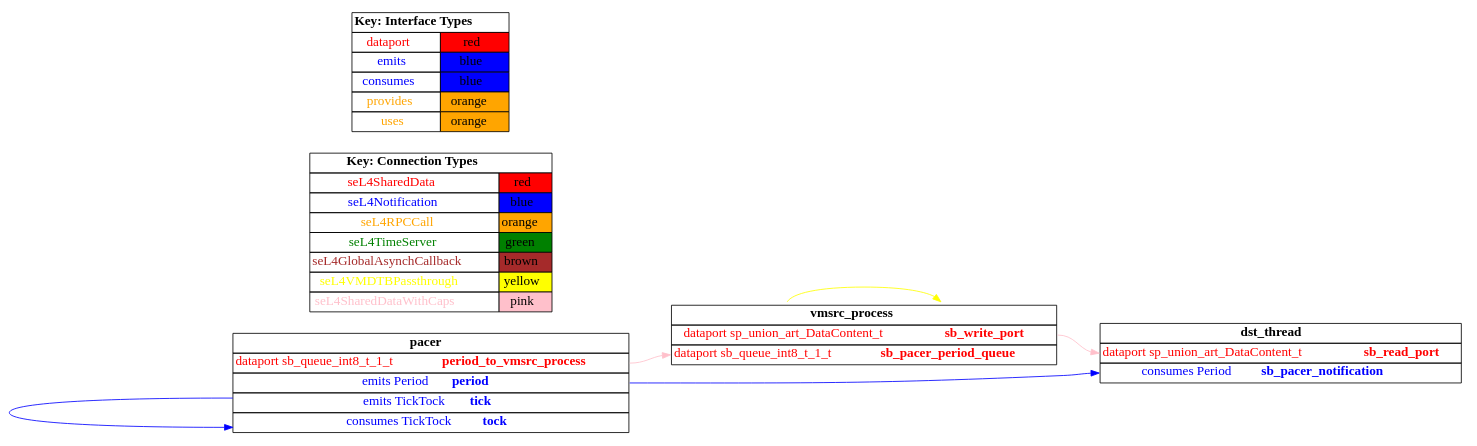
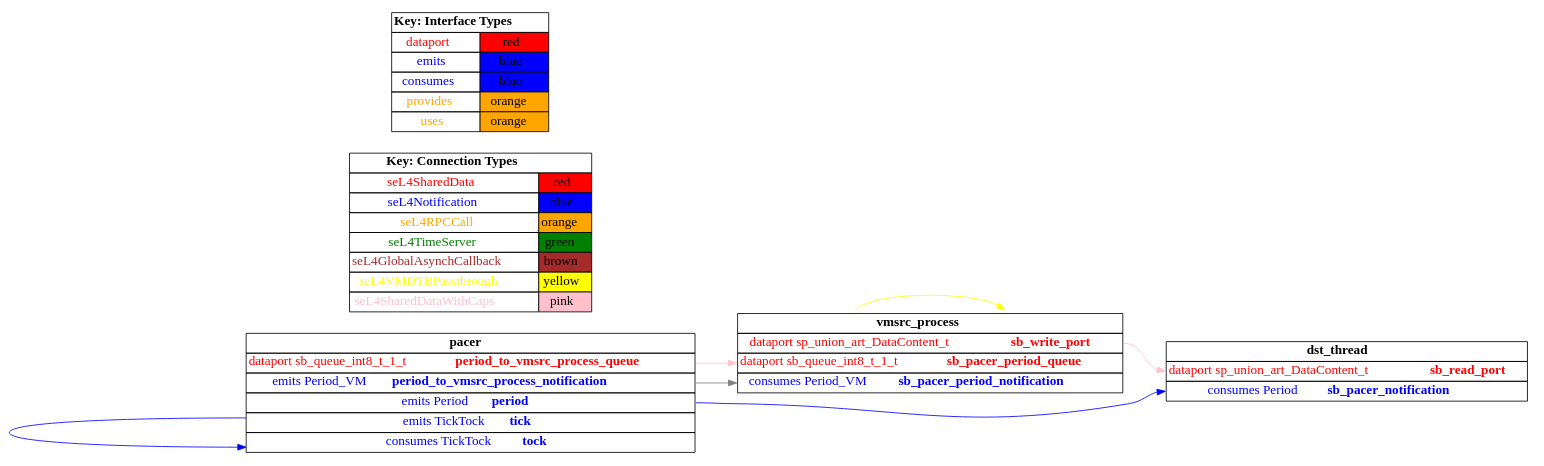
One commit to loonwerks/CASE changed the diagram in TA5/tool-evaluation-4/HAMR/examples/test_data_port_periodic_domains_VM/sender_vm/CAmkES_seL4/src/c/CAmkES_seL4/graph.dot. Above: the diagram before and after it, drawn with Graphviz. The commit also changed 84 other files, not shown here.

```diff
--- a/TA5/tool-evaluation-4/HAMR/examples/test_data_port_periodic_domains_VM/sender_vm/CAmkES_seL4/src/c/CAmkES_seL4/graph.dot
+++ b/TA5/tool-evaluation-4/HAMR/examples/test_data_port_periodic_domains_VM/sender_vm/CAmkES_seL4/src/c/CAmkES_seL4/graph.dot
@@ -1,108 +1,116 @@
 digraph g {
 graph [
   overlap = false,
   rankdir = "LR"
 ];
 node [
   fontsize = "16",
   shape = "ellipse"
 ];
 edge [
 ];
 
 vmsrc_process [
   label=<
     <TABLE BORDER="0" CELLBORDER="1" CELLSPACING="0">
       <TR><TD><B>vmsrc_process</B></TD></TR>
       <TR><TD PORT="sb_write_port"><FONT COLOR="red">dataport sp_union_art_DataContent_t <B>sb_write_port</B></FONT></TD></TR>
-      <TR><TD PORT="sb_pacer_period_queue"><FONT COLOR="red">dataport sb_queue_int8_t_1_t <B>sb_pacer_period_queue</B></FONT></TD></TR>"
+      <TR><TD PORT="sb_pacer_period_queue"><FONT COLOR="red">dataport sb_queue_int8_t_1_t <B>sb_pacer_period_queue</B></FONT></TD></TR>
+      <TR><TD PORT="sb_pacer_period_notification"><FONT COLOR="blue">consumes Period_VM <B>sb_pacer_period_notification</B></FONT></TD></TR>"
     </TABLE>
   >
   shape=plaintext
 ];
 
 dst_thread [
   label=<
     <TABLE BORDER="0" CELLBORDER="1" CELLSPACING="0">
       <TR><TD><B>dst_thread</B></TD></TR>
       <TR><TD PORT="sb_read_port"><FONT COLOR="red">dataport sp_union_art_DataContent_t <B>sb_read_port</B></FONT></TD></TR>
       <TR><TD PORT="sb_pacer_notification"><FONT COLOR="blue">consumes Period <B>sb_pacer_notification</B></FONT></TD></TR>"
     </TABLE>
   >
   shape=plaintext
 ];
 
 pacer [
   label=<
     <TABLE BORDER="0" CELLBORDER="1" CELLSPACING="0">
       <TR><TD><B>pacer</B></TD></TR>
-      <TR><TD PORT="period_to_vmsrc_process"><FONT COLOR="red">dataport sb_queue_int8_t_1_t <B>period_to_vmsrc_process</B></FONT></TD></TR>
+      <TR><TD PORT="period_to_vmsrc_process_queue"><FONT COLOR="red">dataport sb_queue_int8_t_1_t <B>period_to_vmsrc_process_queue</B></FONT></TD></TR>
+      <TR><TD PORT="period_to_vmsrc_process_notification"><FONT COLOR="blue">emits Period_VM <B>period_to_vmsrc_process_notification</B></FONT></TD></TR>
       <TR><TD PORT="period"><FONT COLOR="blue">emits Period <B>period</B></FONT></TD></TR>
       <TR><TD PORT="tick"><FONT COLOR="blue">emits TickTock <B>tick</B></FONT></TD></TR>
       <TR><TD PORT="tock"><FONT COLOR="blue">consumes TickTock <B>tock</B></FONT></TD></TR>"
     </TABLE>
   >
   shape=plaintext
 ];
 
 connectiontypekey [
   label=<
    <TABLE BORDER="0" CELLBORDER="1" CELLSPACING="0">
      <TR><TD COLSPAN="2"><B>Key: Connection Types</B></TD></TR>
      <TR><TD><FONT COLOR="red">seL4SharedData</FONT></TD><TD BGCOLOR="red">red</TD></TR>
      <TR><TD><FONT COLOR="blue">seL4Notification</FONT></TD><TD BGCOLOR="blue">blue</TD></TR>
      <TR><TD><FONT COLOR="orange">seL4RPCCall</FONT></TD><TD BGCOLOR="orange">orange</TD></TR>
      <TR><TD><FONT COLOR="green">seL4TimeServer</FONT></TD><TD BGCOLOR="green">green</TD></TR>
      <TR><TD><FONT COLOR="brown">seL4GlobalAsynchCallback</FONT></TD><TD BGCOLOR="brown">brown</TD></TR>
      <TR><TD><FONT COLOR="yellow">seL4VMDTBPassthrough</FONT></TD><TD BGCOLOR="yellow">yellow</TD></TR>
      <TR><TD><FONT COLOR="pink">seL4SharedDataWithCaps</FONT></TD><TD BGCOLOR="pink">pink</TD></TR>
    </TABLE>
   >
   shape=plaintext
 ];
 
 interfacetypekey [
   label=<
    <TABLE BORDER="0" CELLBORDER="1" CELLSPACING="0">
      <TR><TD COLSPAN="2"><B>Key: Interface Types</B></TD></TR>
      <TR><TD><FONT COLOR="red">dataport</FONT></TD><TD BGCOLOR="red">red</TD></TR>
      <TR><TD><FONT COLOR="blue">emits</FONT></TD><TD BGCOLOR="blue">blue</TD></TR>
      <TR><TD><FONT COLOR="blue">consumes</FONT></TD><TD BGCOLOR="blue">blue</TD></TR>
      <TR><TD><FONT COLOR="orange">provides</FONT></TD><TD BGCOLOR="orange">orange</TD></TR>
      <TR><TD><FONT COLOR="orange">uses</FONT></TD><TD BGCOLOR="orange">orange</TD></TR>
    </TABLE>
   >
   shape=plaintext
 ];
 
 "vmsrc_process":dtb_self -> "vmsrc_process":dtb [
   color="yellow"
   //label = "seL4VMDTBPassthrough"
   id = conn1
 ];
 
 "vmsrc_process":sb_write_port -> "dst_thread":sb_read_port [
   color="pink"
   //label = "seL4SharedDataWithCaps"
   id = conn2
 ];
 
 "pacer":tick -> "pacer":tock [
   color="blue"
   //label = "seL4Notification"
   id = conn3
 ];
 
-"pacer":period_to_vmsrc_process -> "vmsrc_process":sb_pacer_period_queue [
+"pacer":period_to_vmsrc_process_notification -> "vmsrc_process":sb_pacer_period_notification [
+  color="grey"
+  //label = "seL4GlobalAsynch"
+  id = conn4
+];
+
+"pacer":period_to_vmsrc_process_queue -> "vmsrc_process":sb_pacer_period_queue [
   color="pink"
   //label = "seL4SharedDataWithCaps"
-  id = conn4
+  id = conn5
 ];
 
 "pacer":period -> "dst_thread":sb_pacer_notification [
   color="blue"
   //label = "seL4Notification"
-  id = conn5
+  id = conn6
 ];
 
 }
```
